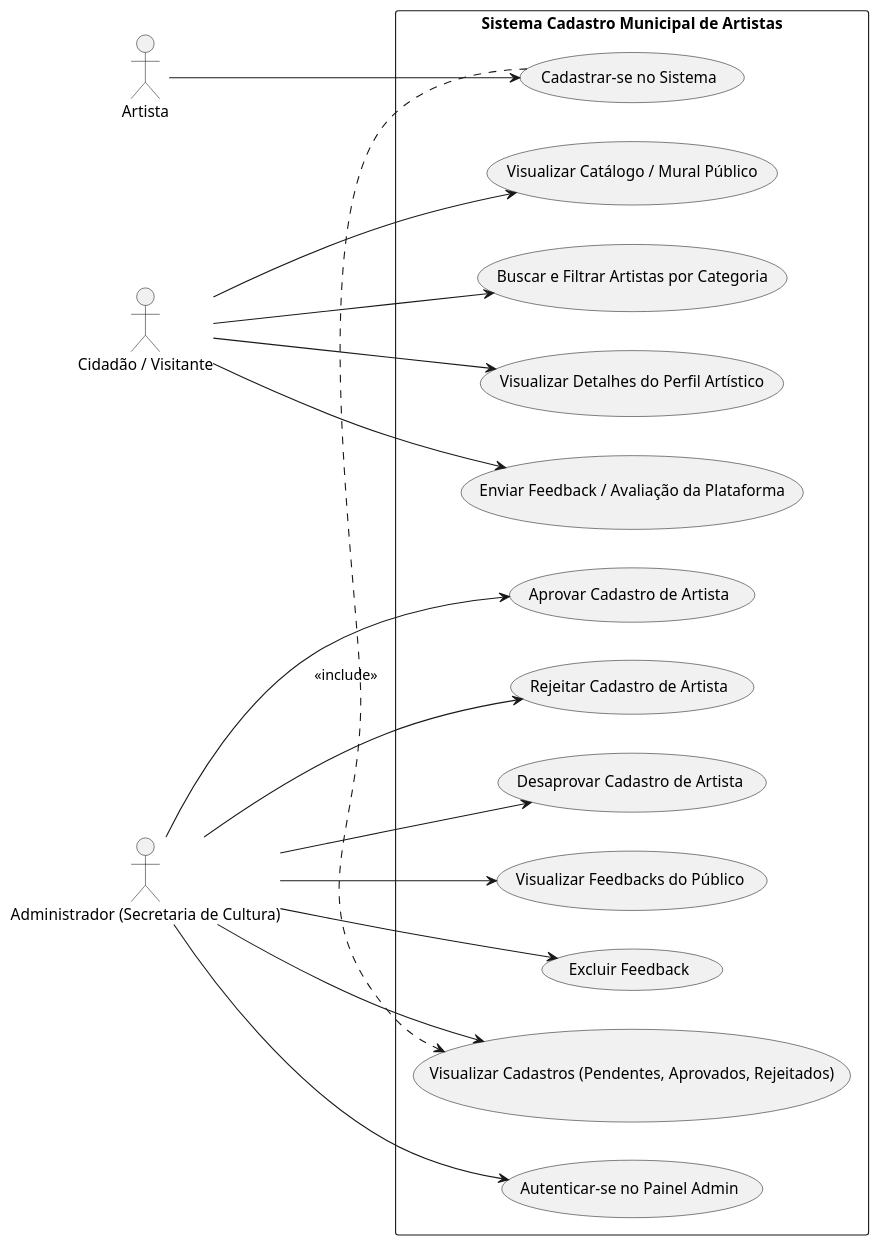
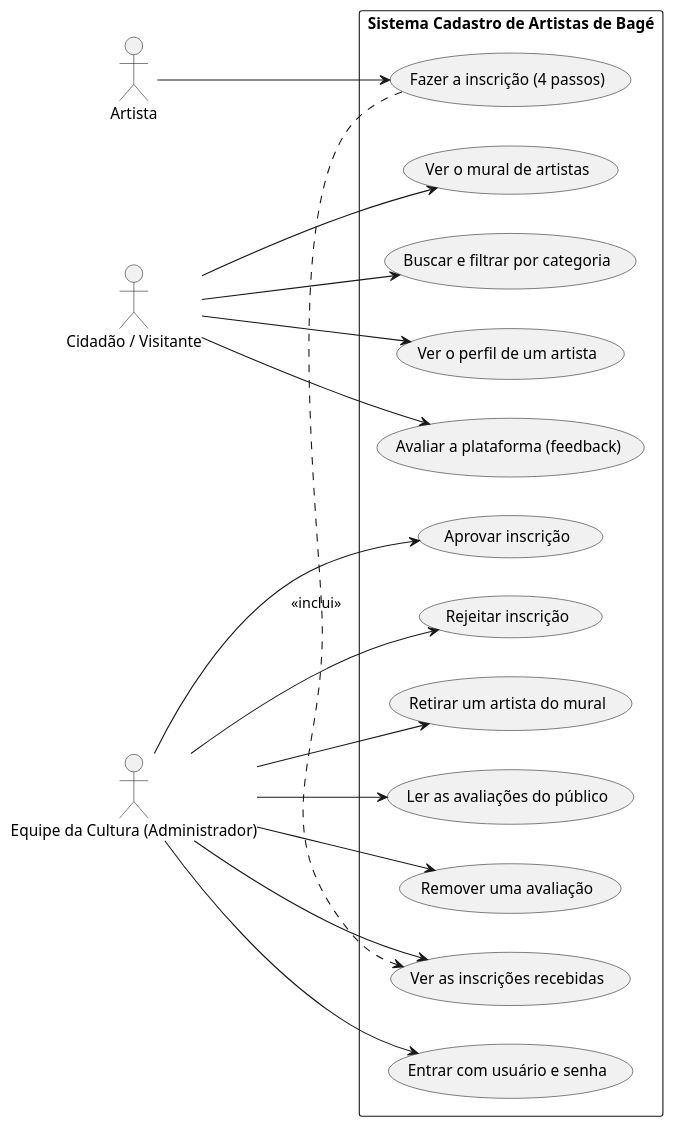
One commit to heduardowitkoski/cadastroDeArtistas changed the first of 5 diagrams in DIAGRAMAS_UML.md. Above: the diagram before and after it, drawn with PlantUML. The commit also changed other lines of this file and 1 other file, not shown here.

Commit message:
docs: tornar diagramas mais ilustrativos e com linguagem acessivel

````diff
--- a/DIAGRAMAS_UML.md
+++ b/DIAGRAMAS_UML.md
@@ -9,42 +11,42 @@
 ```plantuml
 @startuml Diagrama_de_Casos_de_Uso
 left to right direction
 skinparam packageStyle rectangle
 skinparam shadowing false
 
 actor "Artista" as artista
 actor "Cidadão / Visitante" as visitante
-actor "Administrador (Secretaria de Cultura)" as admin
+actor "Equipe da Cultura (Administrador)" as admin
 
-rectangle "Sistema Cadastro Municipal de Artistas" {
-  usecase "Cadastrar-se no Sistema" as UC1
-  usecase "Visualizar Catálogo / Mural Público" as UC2
-  usecase "Buscar e Filtrar Artistas por Categoria" as UC3
-  usecase "Visualizar Detalhes do Perfil Artístico" as UC4
-  usecase "Enviar Feedback / Avaliação da Plataforma" as UC10
-  usecase "Autenticar-se no Painel Admin" as UC5
-  usecase "Visualizar Cadastros (Pendentes, Aprovados, Rejeitados)" as UC6
-  usecase "Aprovar Cadastro de Artista" as UC7
-  usecase "Rejeitar Cadastro de Artista" as UC8
-  usecase "Desaprovar Cadastro de Artista" as UC9
-  usecase "Visualizar Feedbacks do Público" as UC11
-  usecase "Excluir Feedback" as UC12
+rectangle "Sistema Cadastro de Artistas de Bagé" {
+  usecase "Fazer a inscrição (4 passos)" as UC1
+  usecase "Ver o mural de artistas" as UC2
+  usecase "Buscar e filtrar por categoria" as UC3
+  usecase "Ver o perfil de um artista" as UC4
+  usecase "Avaliar a plataforma (feedback)" as UC10
+  usecase "Entrar com usuário e senha" as UC5
+  usecase "Ver as inscrições recebidas" as UC6
+  usecase "Aprovar inscrição" as UC7
+  usecase "Rejeitar inscrição" as UC8
+  usecase "Retirar um artista do mural" as UC9
+  usecase "Ler as avaliações do público" as UC11
+  usecase "Remover uma avaliação" as UC12
 }
 
 artista --> UC1
 visitante --> UC2
 visitante --> UC3
 visitante --> UC4
 visitante --> UC10
 
 admin --> UC5
 admin --> UC6
 admin --> UC7
 admin --> UC8
 admin --> UC9
 admin --> UC11
 admin --> UC12
 
-UC1 .> UC6 : <<include>>
+UC1 .> UC6 : <<inclui>>
 @enduml
 ```
````
